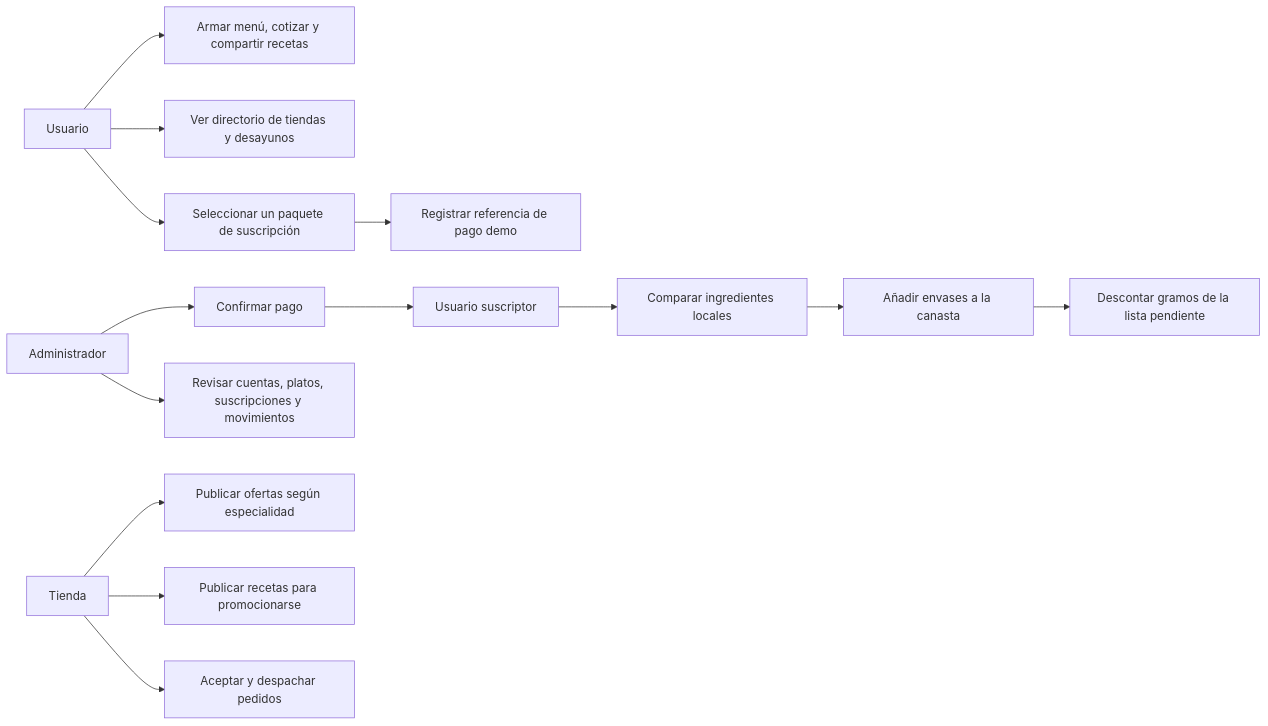
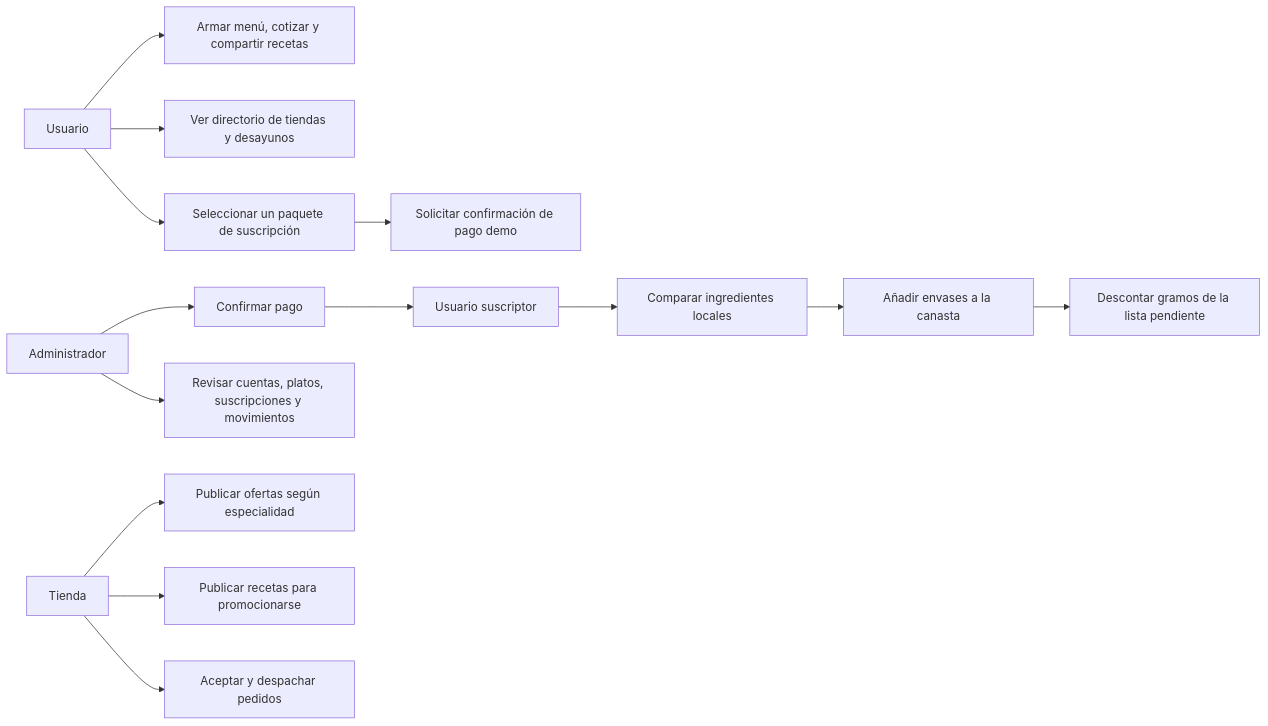
One commit to Aarooness/mesa-semanal-jack changed the first of 2 diagrams in CASOS-DE-USO.md. Above: the diagram before and after it, drawn with Mermaid. The commit also changed other lines of this file and 54 other files, not shown here.

````diff
--- a/CASOS-DE-USO.md
+++ b/CASOS-DE-USO.md
@@ -5,16 +5,16 @@
 ```mermaid
 flowchart LR
  U[Usuario] --> M[Armar menú, cotizar y compartir recetas]
  U --> D[Ver directorio de tiendas y desayunos]
  U --> S[Seleccionar un paquete de suscripción]
- S --> P[Registrar referencia de pago demo]
+ S --> P[Solicitar confirmación de pago demo]
  A[Administrador] --> V[Confirmar pago]
  V --> SU[Usuario suscriptor]
  SU --> L[Comparar ingredientes locales]
  L --> C[Añadir envases a la canasta]
  C --> R[Descontar gramos de la lista pendiente]
  T[Tienda] --> O[Publicar ofertas según especialidad]
  T --> REC[Publicar recetas para promocionarse]
  T --> E[Aceptar y despachar pedidos]
  A --> MOD[Revisar cuentas, platos, suscripciones y movimientos]
 ```
````
